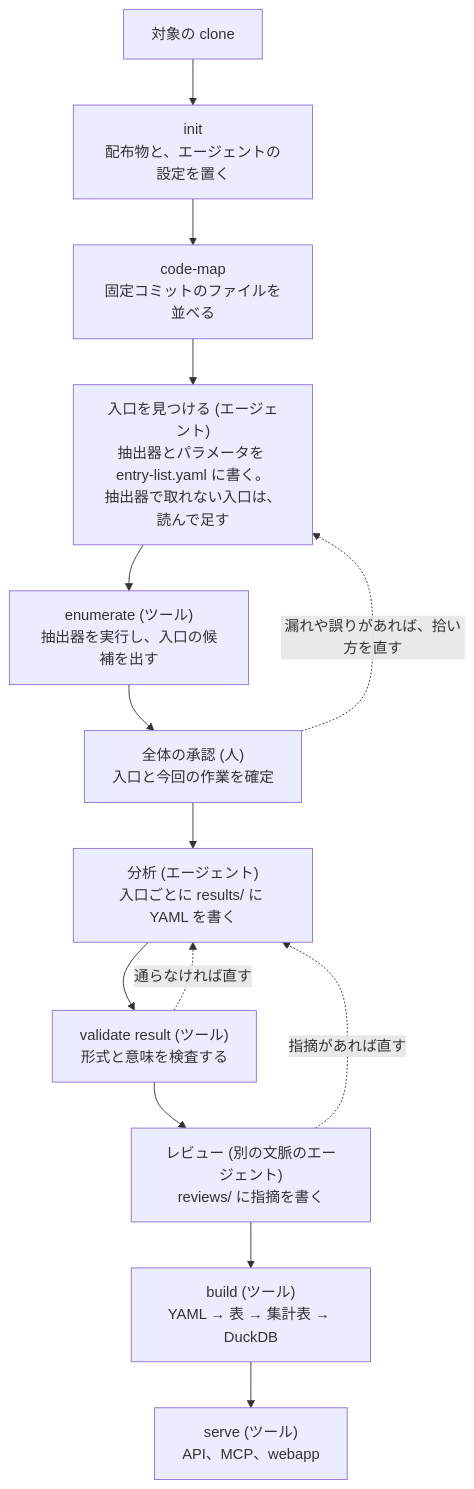
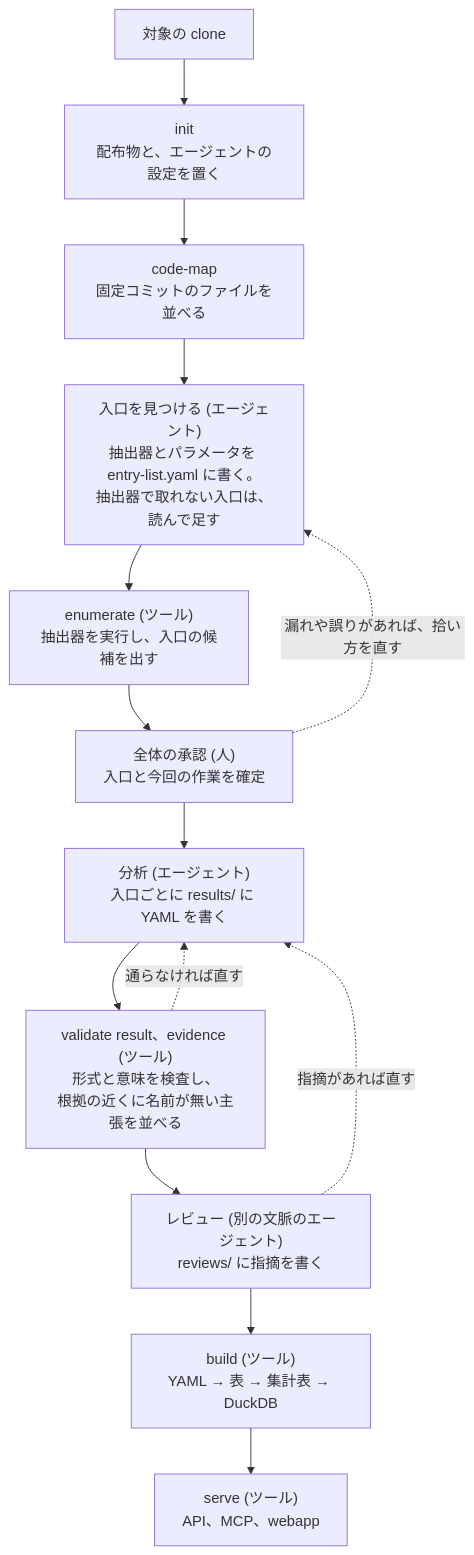
The first of 2 diagrams in docs/architecture/pipeline.md (suwa-sh/as-built-atlas), drawn with Mermaid before and after one commit. The commit also changed other lines of this file and 16 other files, not shown here.

````diff
--- a/docs/architecture/pipeline.md
+++ b/docs/architecture/pipeline.md
@@ -9,17 +9,17 @@
 ```mermaid
 flowchart TB
   T[対象の clone] --> I
   I["init<br>配布物と、エージェントの設定を置く"] --> M
   M["code-map<br>固定コミットのファイルを並べる"] --> D
   D["入口を見つける (エージェント)<br>抽出器とパラメータを entry-list.yaml に書く。<br>抽出器で取れない入口は、読んで足す"] --> E
   E["enumerate (ツール)<br>抽出器を実行し、入口の候補を出す"] --> H
   H["全体の承認 (人)<br>入口と今回の作業を確定"] --> A
   A["分析 (エージェント)<br>入口ごとに results/ に YAML を書く"] --> V
-  V["validate result (ツール)<br>形式と意味を検査する"] --> RV
+  V["validate result、evidence (ツール)<br>形式と意味を検査し、<br>根拠の近くに名前が無い主張を並べる"] --> RV
   RV["レビュー (別の文脈のエージェント)<br>reviews/ に指摘を書く"] --> B
   B["build (ツール)<br>YAML → 表 → 集計表 → DuckDB"] --> S
   S["serve (ツール)<br>API、MCP、webapp"]
   H -.->|漏れや誤りがあれば、拾い方を直す| D
   V -.->|通らなければ直す| A
   RV -.->|指摘があれば直す| A
 ```
````
